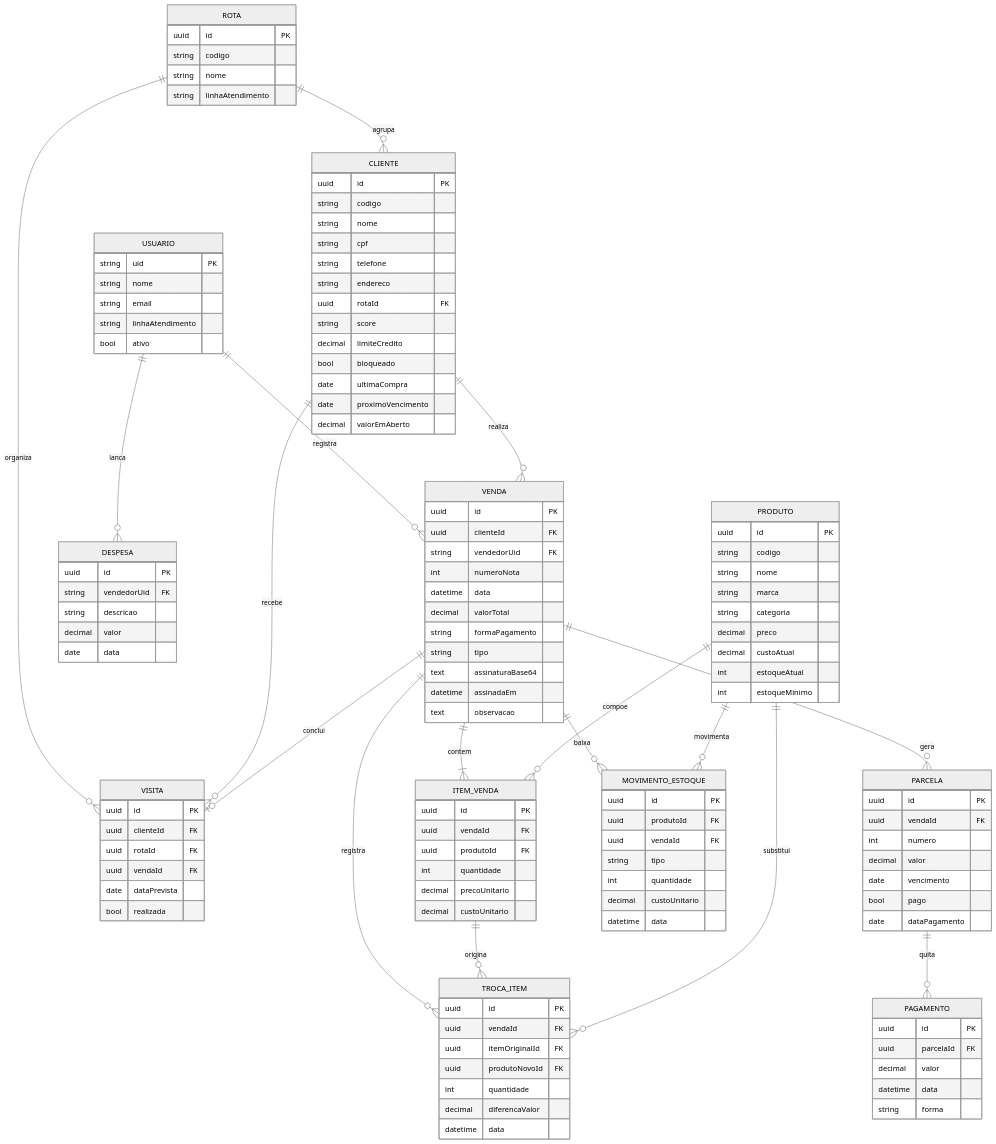
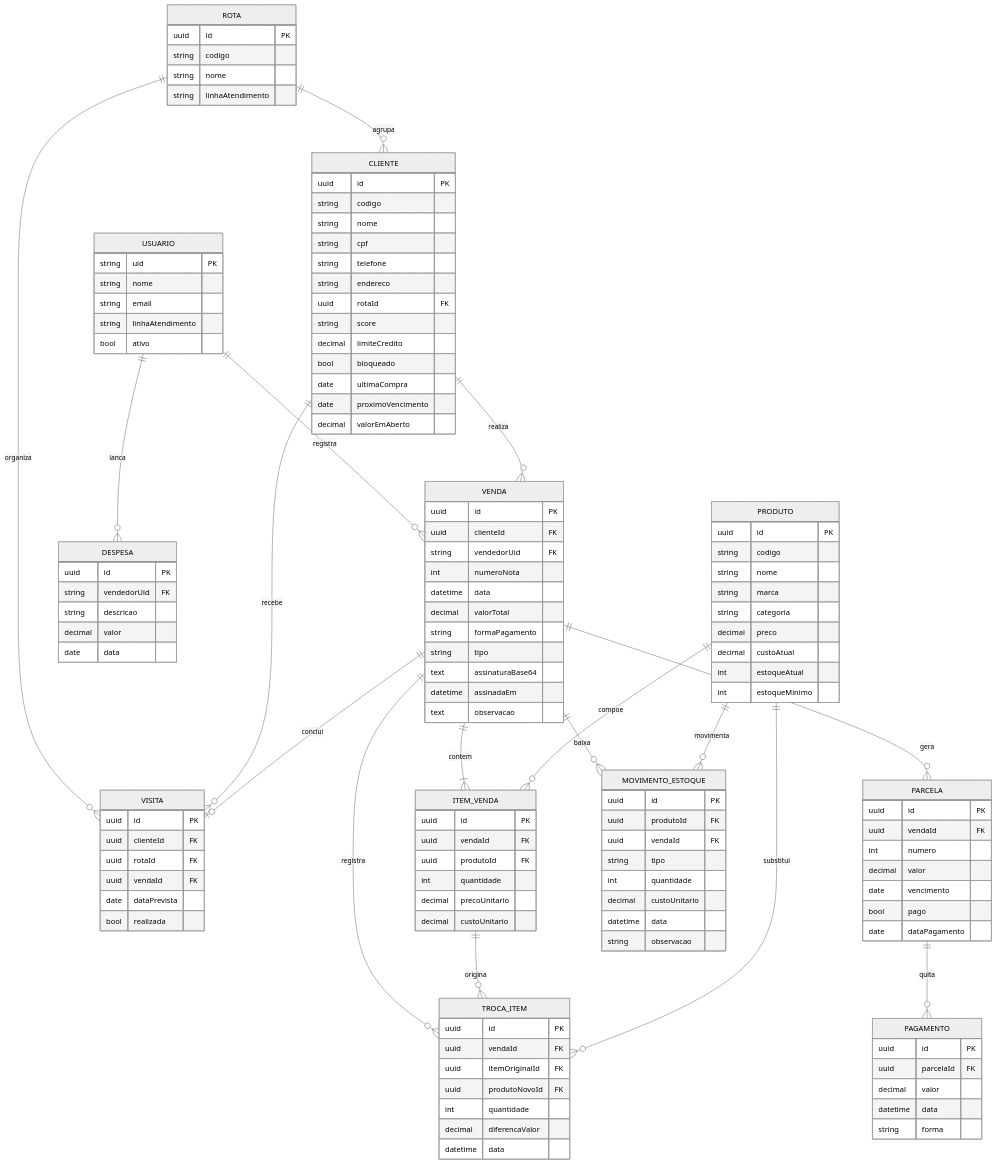
One commit to ThiagoErik55/cesta_basica_lopez_mobile changed the first of 4 diagrams in docs/modelo-logico.md. Above: the diagram before and after it, drawn with Mermaid (neutral theme). The commit also changed other lines of this file and 1 other file, not shown here.

Commit message:
feat(estoque): campo opcional observacao em MOVIMENTO_ESTOQUE e modelo lógico v1.6 (KAN-42)

```diff
--- a/docs/modelo-logico.md
+++ b/docs/modelo-logico.md
@@ -129,6 +129,7 @@
     int quantidade
     decimal custoUnitario
     datetime data
+    string observacao
   }
   DESPESA {
     uuid id PK
```
